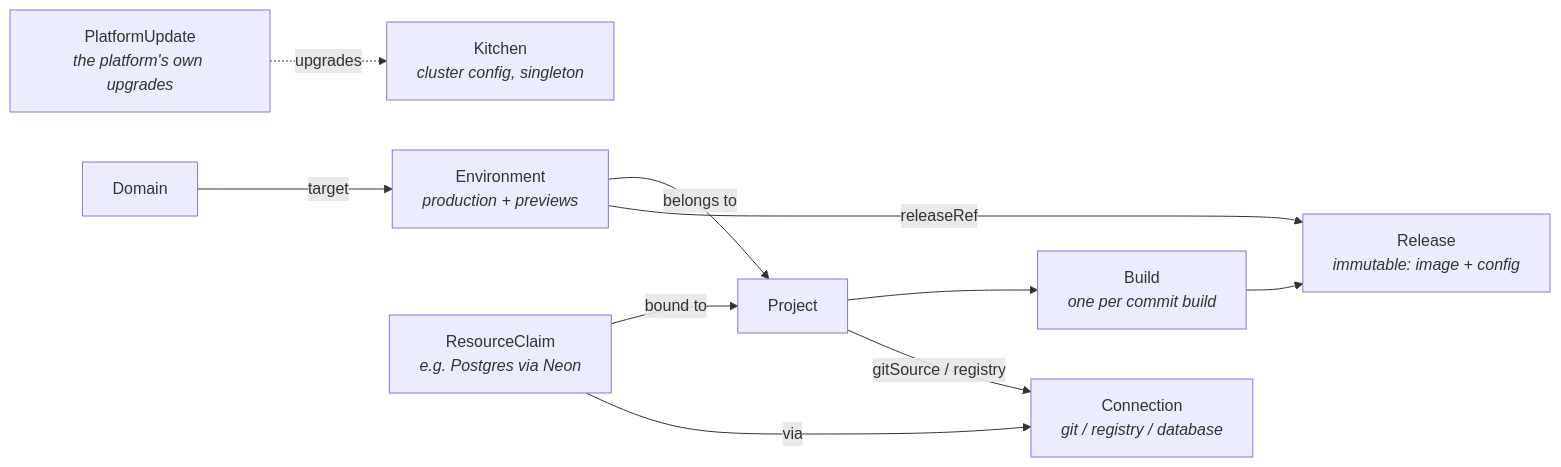
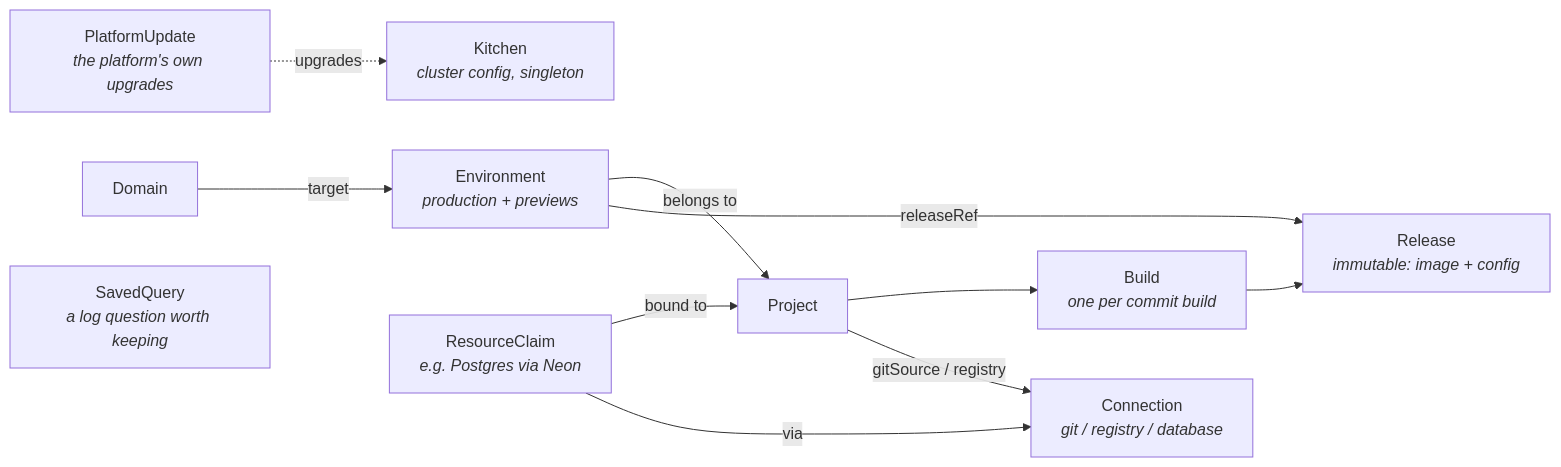
One commit to Bermos/Kitchen changed the diagram in docs/CRDS.md. Above: the diagram before and after it, drawn with Mermaid. The commit also changed other lines of this file and 4 other files, not shown here.

````diff
--- a/docs/CRDS.md
+++ b/docs/CRDS.md
@@ -11,14 +11,15 @@
 ```mermaid
 graph LR
     K[Kitchen<br/><i>cluster config, singleton</i>]
     C[Connection<br/><i>git / registry / database</i>]
     P[Project] -->|gitSource / registry| C
     P --> B[Build<br/><i>one per commit build</i>]
     B --> R[Release<br/><i>immutable: image + config</i>]
     E[Environment<br/><i>production + previews</i>] -->|releaseRef| R
     E -->|belongs to| P
     D[Domain] -->|target| E
     RC[ResourceClaim<br/><i>e.g. Postgres via Neon</i>] -->|via| C
     RC -->|bound to| P
     PU[PlatformUpdate<br/><i>the platform's own upgrades</i>] -.->|upgrades| K
+    SQ[SavedQuery<br/><i>a log question worth keeping</i>]
 ```
````
